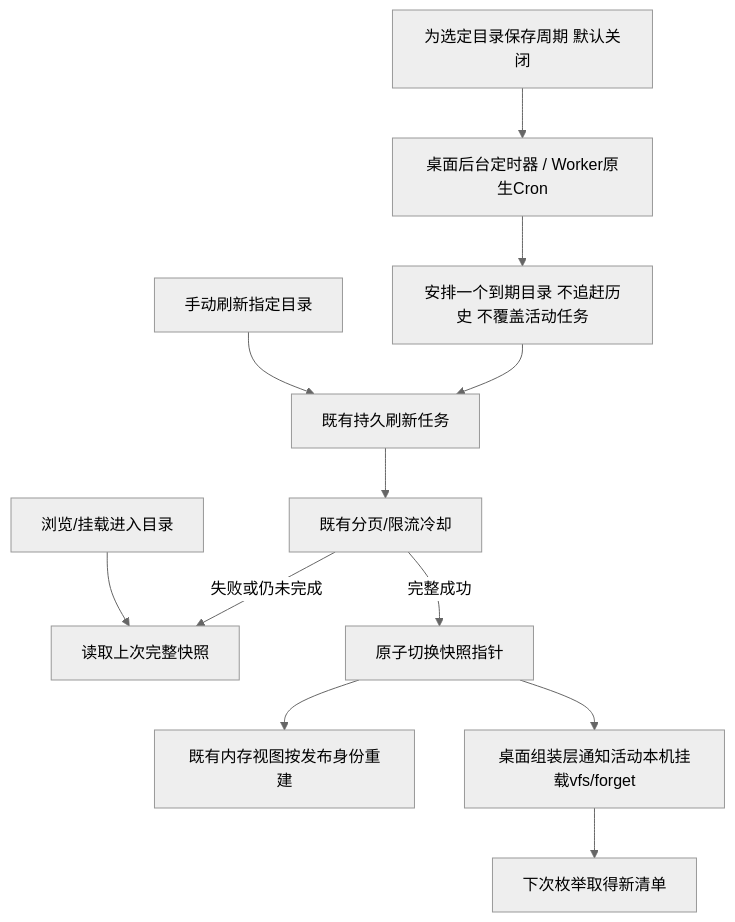
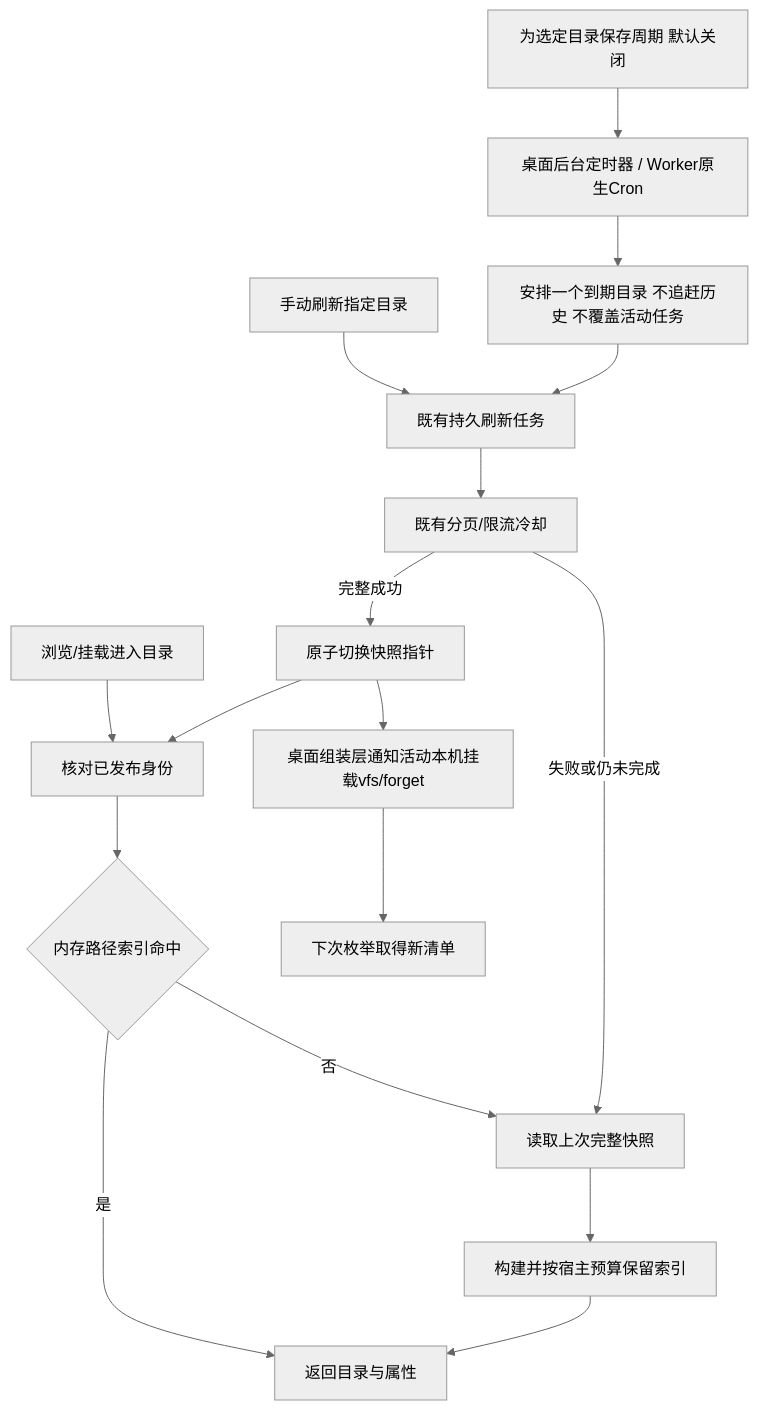
One commit to shengyusi-SYS/musicfs changed the diagram in docs/architecture/cache-policy.md. Above: the diagram before and after it, drawn with Mermaid (neutral theme). The commit also changed other lines of this file and 7 other files, not shown here.

````diff
--- a/docs/architecture/cache-policy.md
+++ b/docs/architecture/cache-policy.md
@@ -18,14 +19,19 @@
 ```mermaid
 flowchart TD
-  Browse[浏览/挂载进入目录] --> Cached[读取上次完整快照]
+  Browse[浏览/挂载进入目录] --> Identity[核对已发布身份]
+  Identity --> Index{内存路径索引命中}
+  Index -->|是| Names[返回目录与属性]
+  Index -->|否| Cached[读取上次完整快照]
+  Cached --> Build[构建并按宿主预算保留索引]
+  Build --> Names
   Manual[手动刷新指定目录] --> Queue[既有持久刷新任务]
   Policy[为选定目录保存周期 默认关闭] --> Timer[桌面后台定时器 / Worker原生Cron]
   Timer --> Due[安排一个到期目录 不追赶历史 不覆盖活动任务]
   Due --> Queue
   Queue --> Pages[既有分页/限流冷却]
   Pages -->|失败或仍未完成| Cached
   Pages -->|完整成功| Publish[原子切换快照指针]
-  Publish --> Index[既有内存视图按发布身份重建]
+  Publish --> Identity
   Publish --> Local[桌面组装层通知活动本机挂载vfs/forget]
   Local --> Fresh[下次枚举取得新清单]
 ```
````
